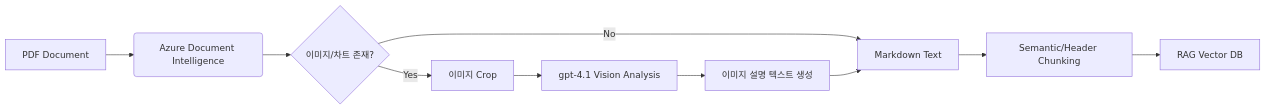
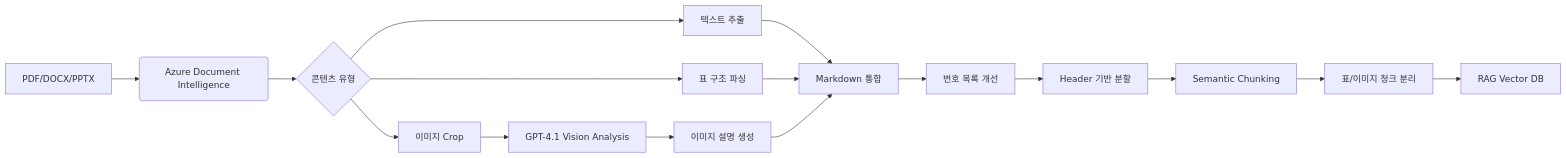
The diagram in README.md (mdpman2/Korean_Doc_Chunking_Azure), drawn with Mermaid before and after one commit. The commit also changed other lines of this file and 1 other file, not shown here.

````diff
--- a/README.md
+++ b/README.md
@@ -20,12 +38,18 @@
 ```mermaid
 graph LR
-    A[PDF Document] --> B(Azure Document Intelligence)
-    B --> C{이미지/차트 존재?}
-    C -- Yes --> D[이미지 Crop]
-    D --> E[gpt-4.1 Vision Analysis]
-    E --> F[이미지 설명 텍스트 생성]
-    C -- No --> G[Markdown Text]
-    F --> G
-    G --> H[Semantic/Header Chunking]
-    H --> I[RAG Vector DB]
+    A[PDF/DOCX/PPTX] --> B(Azure Document Intelligence)
+    B --> C{콘텐츠 유형}
+    C --> D[텍스트 추출]
+    C --> E[표 구조 파싱]
+    C --> F[이미지 Crop]
+    F --> G[GPT-4.1 Vision Analysis]
+    G --> H[이미지 설명 생성]
+    D --> I[Markdown 통합]
+    E --> I
+    H --> I
+    I --> J[번호 목록 개선]
+    J --> K[Header 기반 분할]
+    K --> L[Semantic Chunking]
+    L --> M[표/이미지 청크 분리]
+    M --> N[RAG Vector DB]
 ```
````
